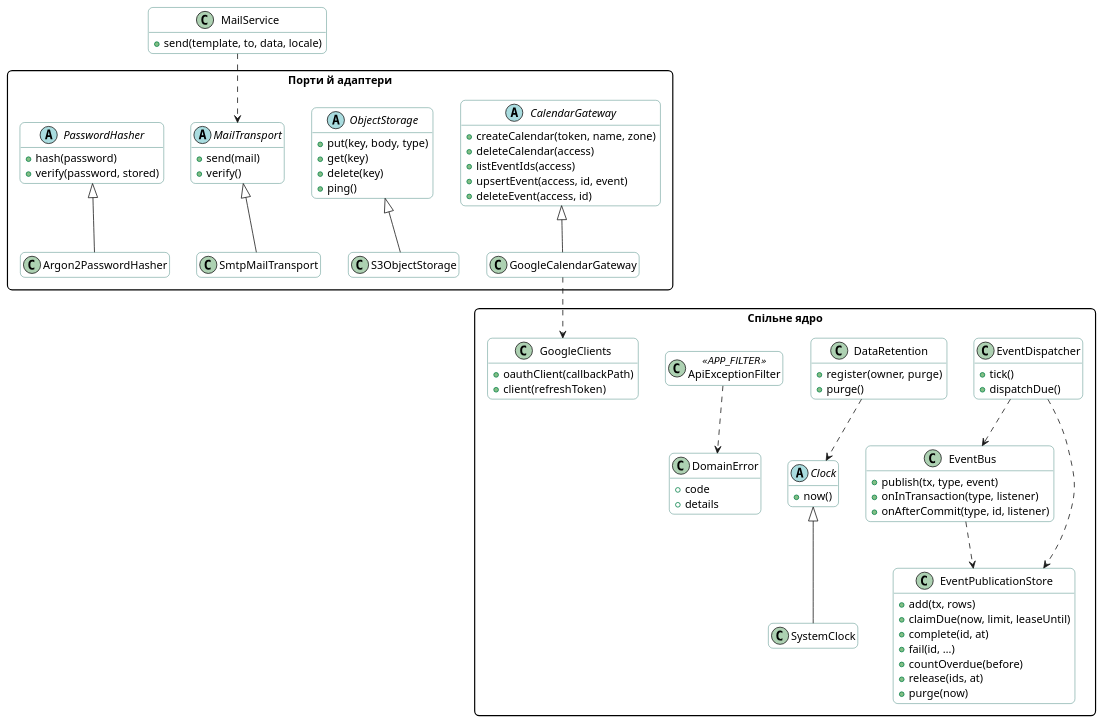
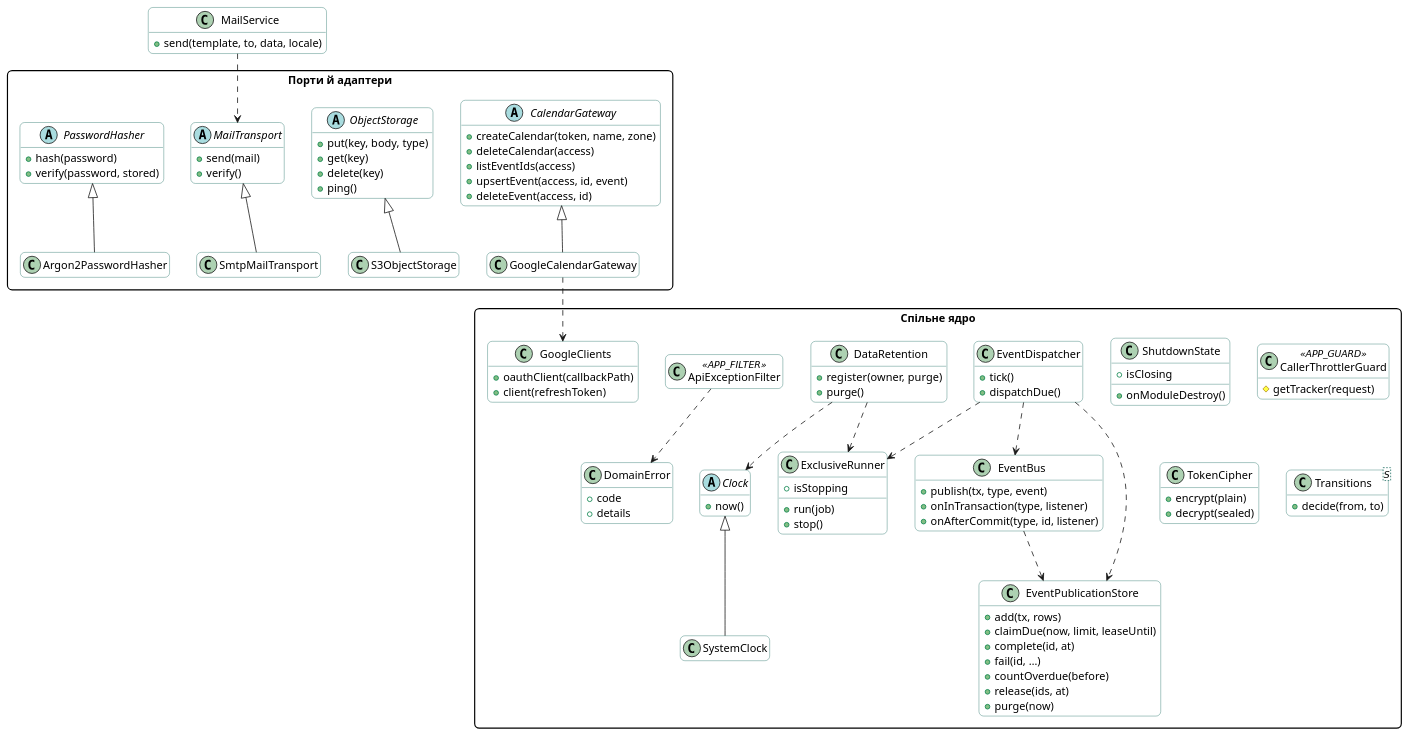
One commit to mzabrodin/Errandly changed the diagram in docs/diagrams/class/shared-kernel.puml. Above: the diagram before and after it, drawn with PlantUML. The commit also changed 10 other files, not shown here.

```diff
--- a/docs/diagrams/class/shared-kernel.puml
+++ b/docs/diagrams/class/shared-kernel.puml
@@ -1,92 +1,113 @@
 @startuml shared-kernel
 skinparam shadowing false
 skinparam defaultFontName "Inter, Segoe UI, Arial"
 skinparam RoundCorner 12
 skinparam ClassBackgroundColor #FFFFFF
 skinparam ClassBorderColor #1F6F64
 skinparam packageStyle rectangle
 hide empty members
 
 package "Спільне ядро" {
   class EventBus {
     +publish(tx, type, event)
     +onInTransaction(type, listener)
     +onAfterCommit(type, id, listener)
   }
   class EventDispatcher {
     +tick()
     +dispatchDue()
   }
   class EventPublicationStore {
     +add(tx, rows)
     +claimDue(now, limit, leaseUntil)
     +complete(id, at)
     +fail(id, …)
     +countOverdue(before)
     +release(ids, at)
     +purge(now)
+  }
+  class ExclusiveRunner {
+    +run(job)
+    +stop()
+    +isStopping
+  }
+  class ShutdownState {
+    +isClosing
+    +onModuleDestroy()
+  }
+  class CallerThrottlerGuard <<APP_GUARD>> {
+    #getTracker(request)
+  }
+  class TokenCipher {
+    +encrypt(plain)
+    +decrypt(sealed)
+  }
+  class "Transitions<S>" as Transitions {
+    +decide(from, to)
   }
   class DataRetention {
     +register(owner, purge)
     +purge()
   }
   abstract class Clock {
     +now()
   }
   class SystemClock
   class DomainError {
     +code
     +details
   }
   class ApiExceptionFilter <<APP_FILTER>>
   class GoogleClients {
     +oauthClient(callbackPath)
     +client(refreshToken)
   }
 }
 
 package "Порти й адаптери" {
   abstract class PasswordHasher {
     +hash(password)
     +verify(password, stored)
   }
   class Argon2PasswordHasher
   abstract class MailTransport {
     +send(mail)
     +verify()
   }
   class SmtpMailTransport
   abstract class ObjectStorage {
     +put(key, body, type)
     +get(key)
     +delete(key)
     +ping()
   }
   class S3ObjectStorage
   abstract class CalendarGateway {
     +createCalendar(token, name, zone)
     +deleteCalendar(access)
     +listEventIds(access)
     +upsertEvent(access, id, event)
     +deleteEvent(access, id)
   }
   class GoogleCalendarGateway
 }
 
 class MailService {
   +send(template, to, data, locale)
 }
 
 EventBus ..> EventPublicationStore
 EventDispatcher ..> EventPublicationStore
 EventDispatcher ..> EventBus
 DataRetention ..> Clock
+DataRetention ..> ExclusiveRunner
+EventDispatcher ..> ExclusiveRunner
 ApiExceptionFilter ..> DomainError
 MailService ..> MailTransport
 SystemClock -up-|> Clock
 Argon2PasswordHasher -up-|> PasswordHasher
 SmtpMailTransport -up-|> MailTransport
 S3ObjectStorage -up-|> ObjectStorage
 GoogleCalendarGateway -up-|> CalendarGateway
 GoogleCalendarGateway ..> GoogleClients
 @enduml
```
